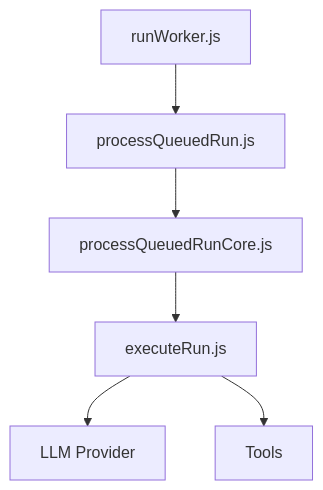
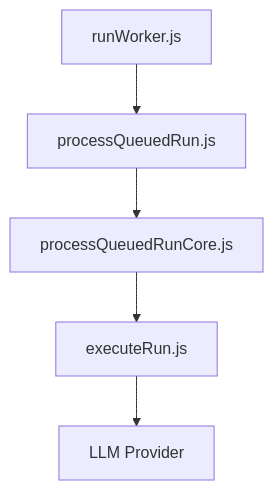
One commit to jhoepfner1310/selfmade-aI-agent changed the first of 2 diagrams in docs/architecture/worker.md. Above: the diagram before and after it, drawn with Mermaid. The commit also changed other lines of this file, not shown here.

First line of the commit message:
Docs: Worker flow, BullMQ core, executeRun, tools not wired

````diff
--- a/docs/architecture/worker.md
+++ b/docs/architecture/worker.md
@@ -9,8 +15,7 @@
 ```mermaid
 flowchart TD
     runWorker[runWorker.js] --> processQueuedRun[processQueuedRun.js]
     processQueuedRun --> processQueuedRunCore[processQueuedRunCore.js]
     processQueuedRunCore --> executeRun[executeRun.js]
     executeRun --> LLM[LLM Provider]
-    executeRun --> Tools[Tools]
 ```
````
